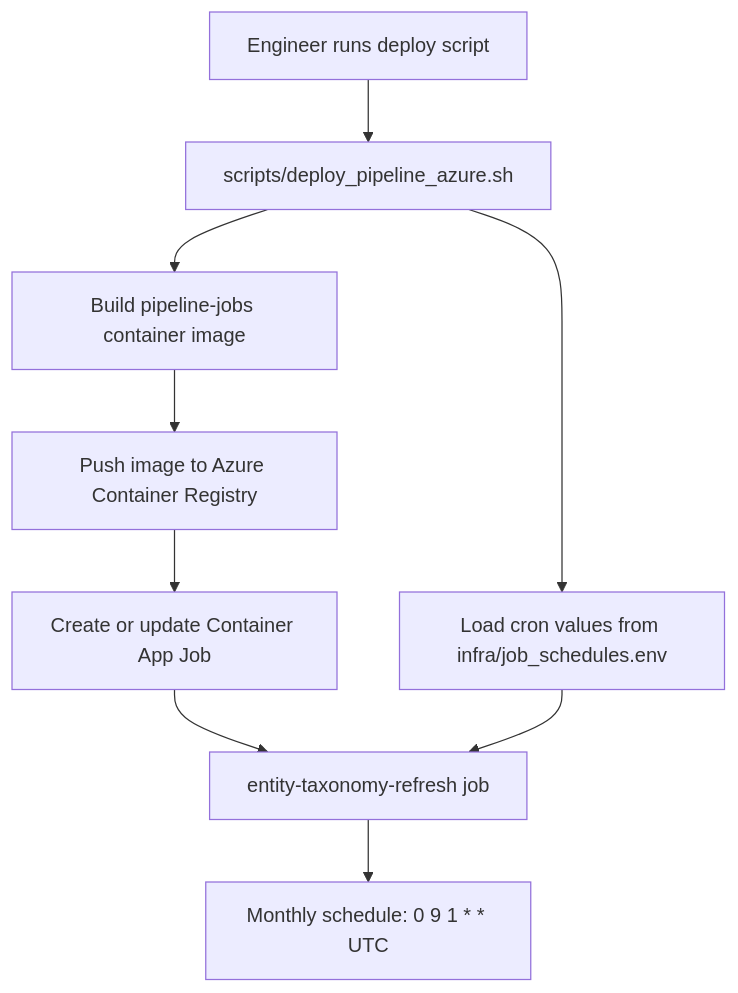
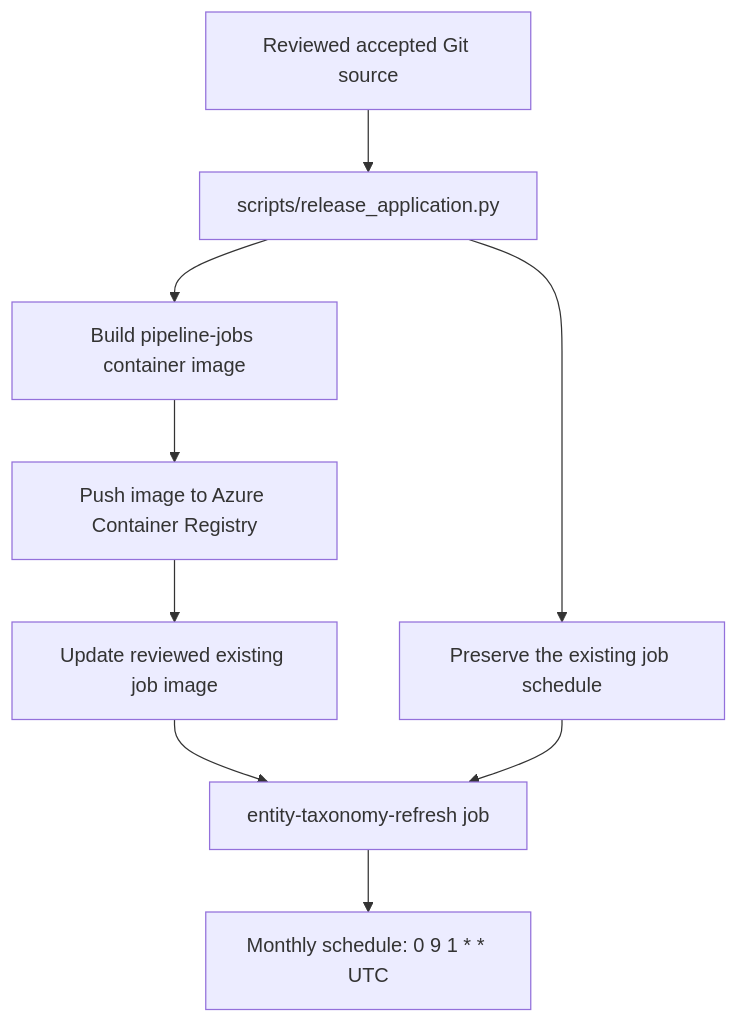
Before and after one commit to Omairss/spectral_nature: the first of 4 diagrams in streamlit_alpaca_app/documents/architecture/data_pipelines/TAXONOMY_PIPELINE_FLOW.md, drawn with Mermaid. The commit also changed other lines of this file and 236 other files, not shown here.

````diff
--- a/streamlit_alpaca_app/documents/architecture/data_pipelines/TAXONOMY_PIPELINE_FLOW.md
+++ b/streamlit_alpaca_app/documents/architecture/data_pipelines/TAXONOMY_PIPELINE_FLOW.md
@@ -18,11 +18,11 @@
 ```mermaid
 flowchart TD
-    A[Engineer runs deploy script] --> B[scripts/deploy_pipeline_azure.sh]
+    A[Reviewed accepted Git source] --> B[scripts/release_application.py]
     B --> C[Build pipeline-jobs container image]
     C --> D[Push image to Azure Container Registry]
-    D --> E[Create or update Container App Job]
+    D --> E[Update reviewed existing job image]
     E --> F[entity-taxonomy-refresh job]
-    B --> G[Load cron values from infra/job_schedules.env]
+    B --> G[Preserve the existing job schedule]
     G --> F
     F --> H[Monthly schedule: 0 9 1 * * UTC]
 ```
````
